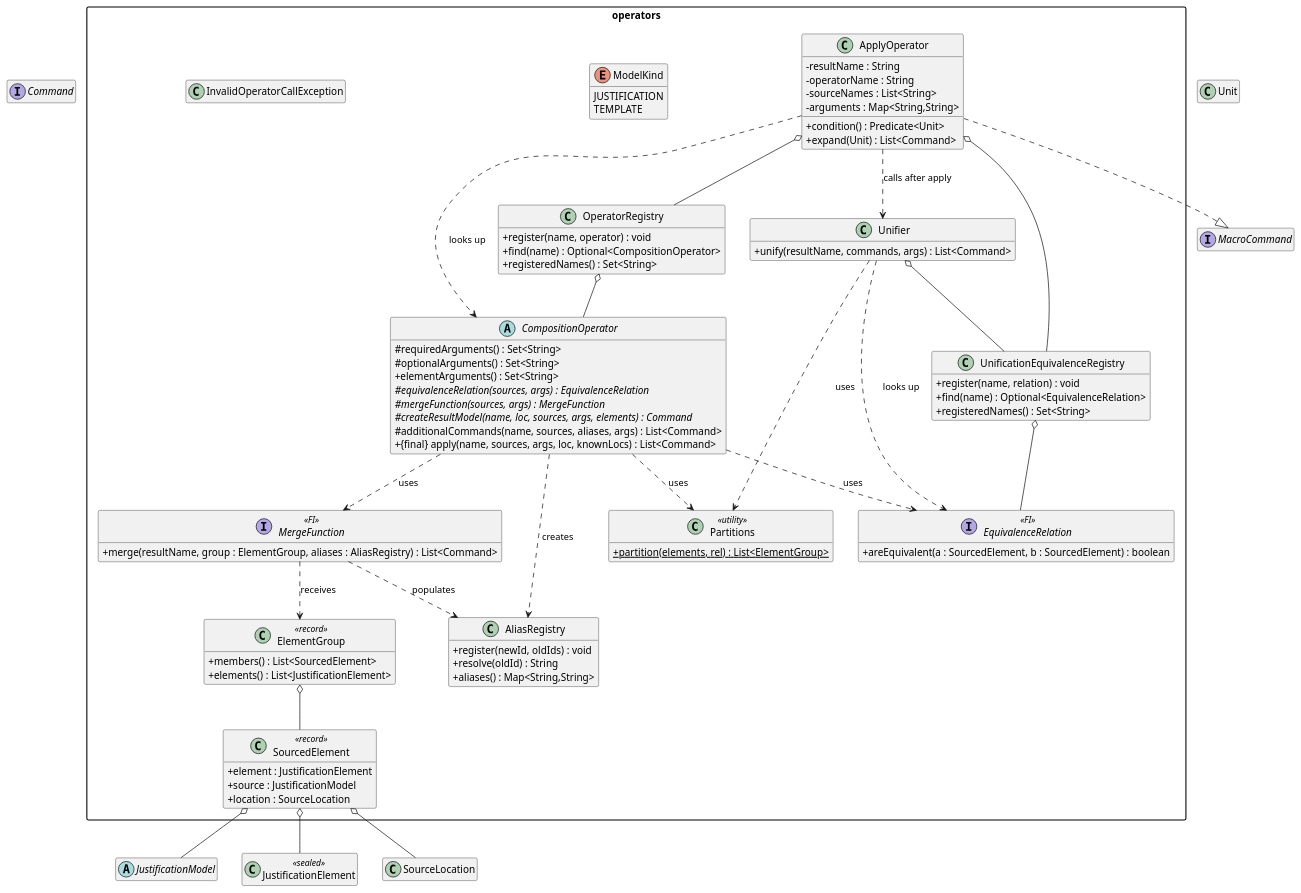
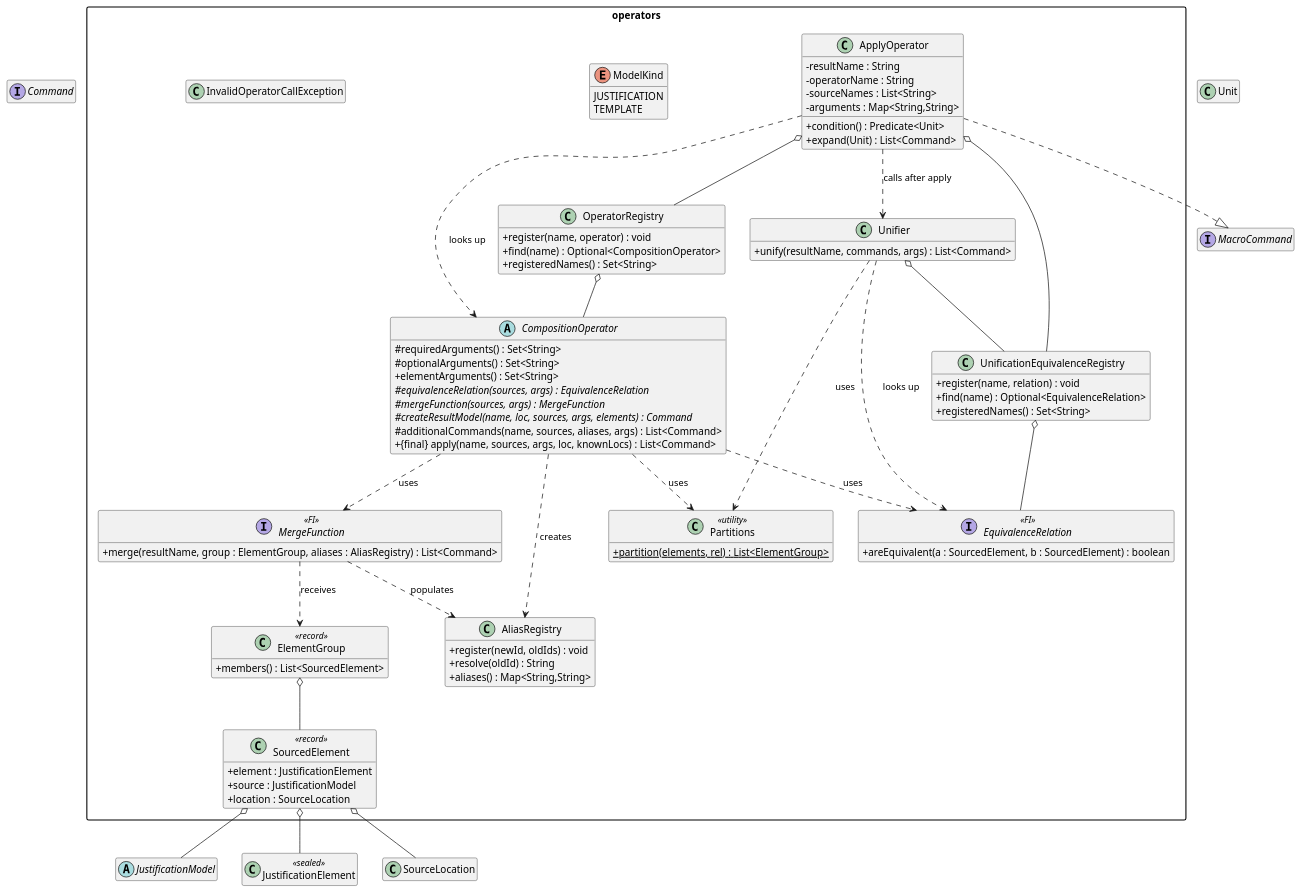
One commit to jpipe-mcscert/jpipe-compiler changed the first of 3 diagrams in docs/design/operators.md. Above: the diagram before and after it, drawn with PlantUML. The commit also changed 13 other files, not shown here.

```diff
--- a/docs/design/operators.md
+++ b/docs/design/operators.md
@@ -182,7 +182,6 @@
 
   class ElementGroup <<record>> {
     + members() : List<SourcedElement>
-    + elements() : List<JustificationElement>
   }
 
   class AliasRegistry {
```
